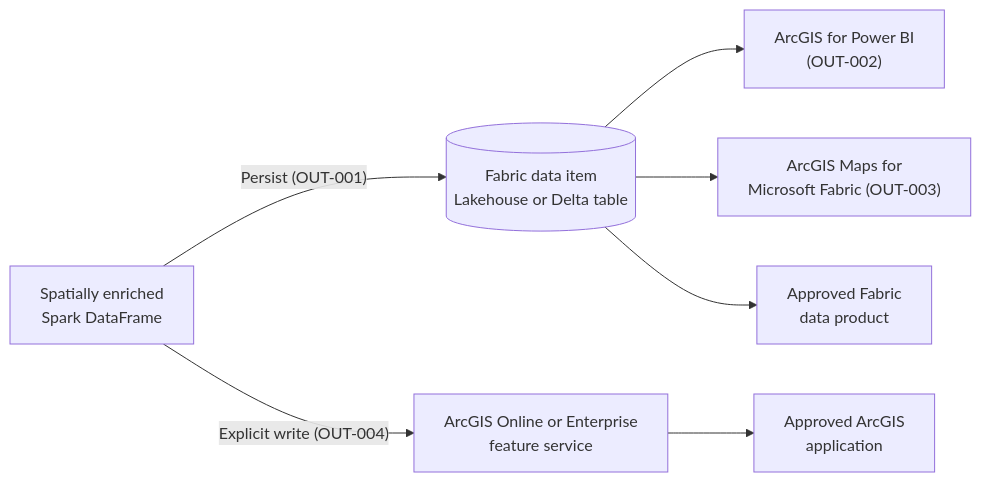
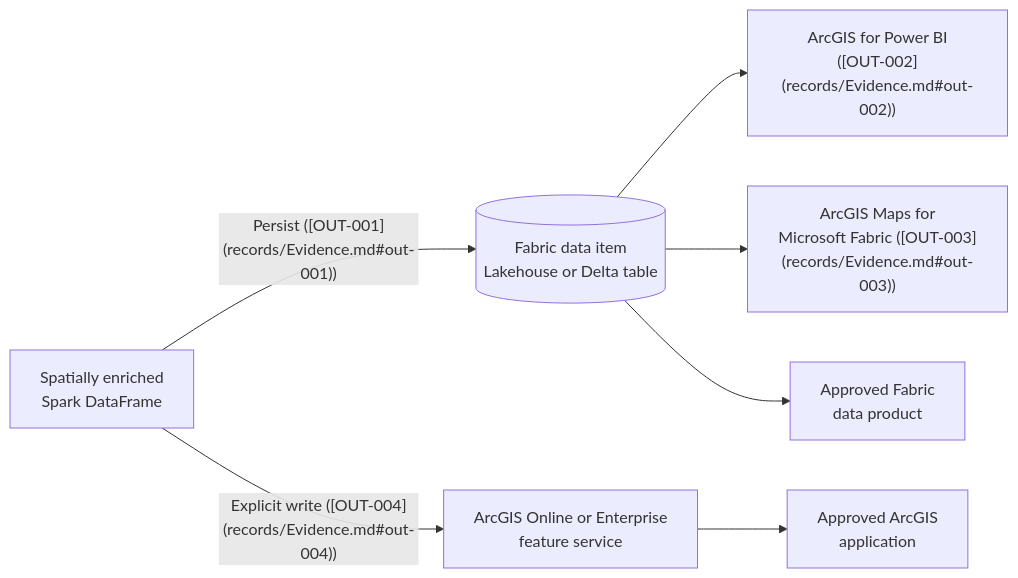
Before and after one commit to Tonyfra91/microsoft-esri-architecture-library: the diagram in 02-GeoAnalytics-for-Fabric/05-Stage-3-Use-the-Results.md, drawn with Mermaid. The commit also changed other lines of this file and 11 other files, not shown here.

````diff
--- a/02-GeoAnalytics-for-Fabric/05-Stage-3-Use-the-Results.md
+++ b/02-GeoAnalytics-for-Fabric/05-Stage-3-Use-the-Results.md
@@ -39,10 +39,10 @@
 ```mermaid
 flowchart LR
     OUT["Spatially enriched<br/>Spark DataFrame"]
-    OUT -->|"Persist (OUT-001)"| FABRIC[("Fabric data item<br/>Lakehouse or Delta table")]
-    OUT -->|"Explicit write (OUT-004)"| FS["ArcGIS Online or Enterprise<br/>feature service"]
-    FABRIC --> PBI["ArcGIS for Power BI<br/>(OUT-002)"]
-    FABRIC --> MAPS["ArcGIS Maps for<br/>Microsoft Fabric (OUT-003)"]
+    OUT -->|"Persist ([OUT-001](records/Evidence.md#out-001))"| FABRIC[("Fabric data item<br/>Lakehouse or Delta table")]
+    OUT -->|"Explicit write ([OUT-004](records/Evidence.md#out-004))"| FS["ArcGIS Online or Enterprise<br/>feature service"]
+    FABRIC --> PBI["ArcGIS for Power BI<br/>([OUT-002](records/Evidence.md#out-002))"]
+    FABRIC --> MAPS["ArcGIS Maps for<br/>Microsoft Fabric ([OUT-003](records/Evidence.md#out-003))"]
     FABRIC --> DP["Approved Fabric<br/>data product"]
     FS --> APP["Approved ArcGIS<br/>application"]
 ```
````
